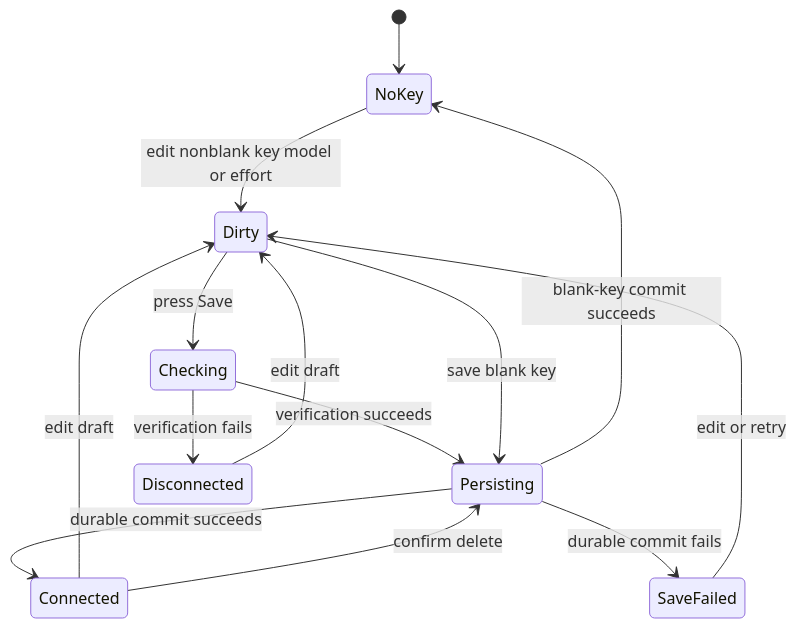
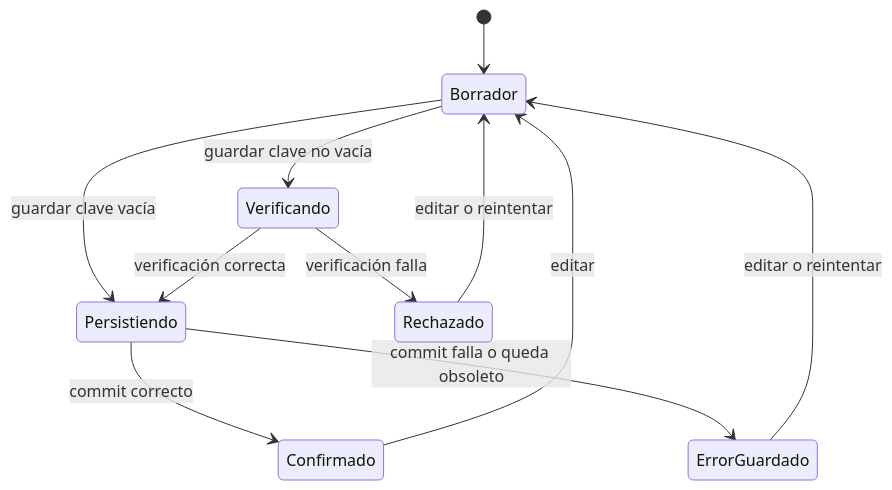
One commit to maximofn/gymnasia changed the first of 2 diagrams in openwiki/agent/provider-configuration.md. Above: the diagram before and after it, drawn with Mermaid. The commit also changed other lines of this file and 27 other files, not shown here.

````diff
--- a/openwiki/agent/provider-configuration.md
+++ b/openwiki/agent/provider-configuration.md
@@ -97,16 +77,13 @@
 ```mermaid
 stateDiagram-v2
-    [*] --> NoKey
-    NoKey --> Dirty: edit nonblank key model or effort
-    Dirty --> Checking: press Save
-    Checking --> Persisting: verification succeeds
-    Checking --> Disconnected: verification fails
-    Persisting --> Connected: durable commit succeeds
-    Persisting --> SaveFailed: durable commit fails
-    Disconnected --> Dirty: edit draft
-    Connected --> Dirty: edit draft
-    SaveFailed --> Dirty: edit or retry
-    Dirty --> Persisting: save blank key
-    Persisting --> NoKey: blank-key commit succeeds
-    Connected --> Persisting: confirm delete
+    [*] --> Borrador
+    Borrador --> Verificando: guardar clave no vacía
+    Borrador --> Persistiendo: guardar clave vacía
+    Verificando --> Rechazado: verificación falla
+    Verificando --> Persistiendo: verificación correcta
+    Persistiendo --> Confirmado: commit correcto
+    Persistiendo --> ErrorGuardado: commit falla o queda obsoleto
+    Rechazado --> Borrador: editar o reintentar
+    ErrorGuardado --> Borrador: editar o reintentar
+    Confirmado --> Borrador: editar
 ```
````
